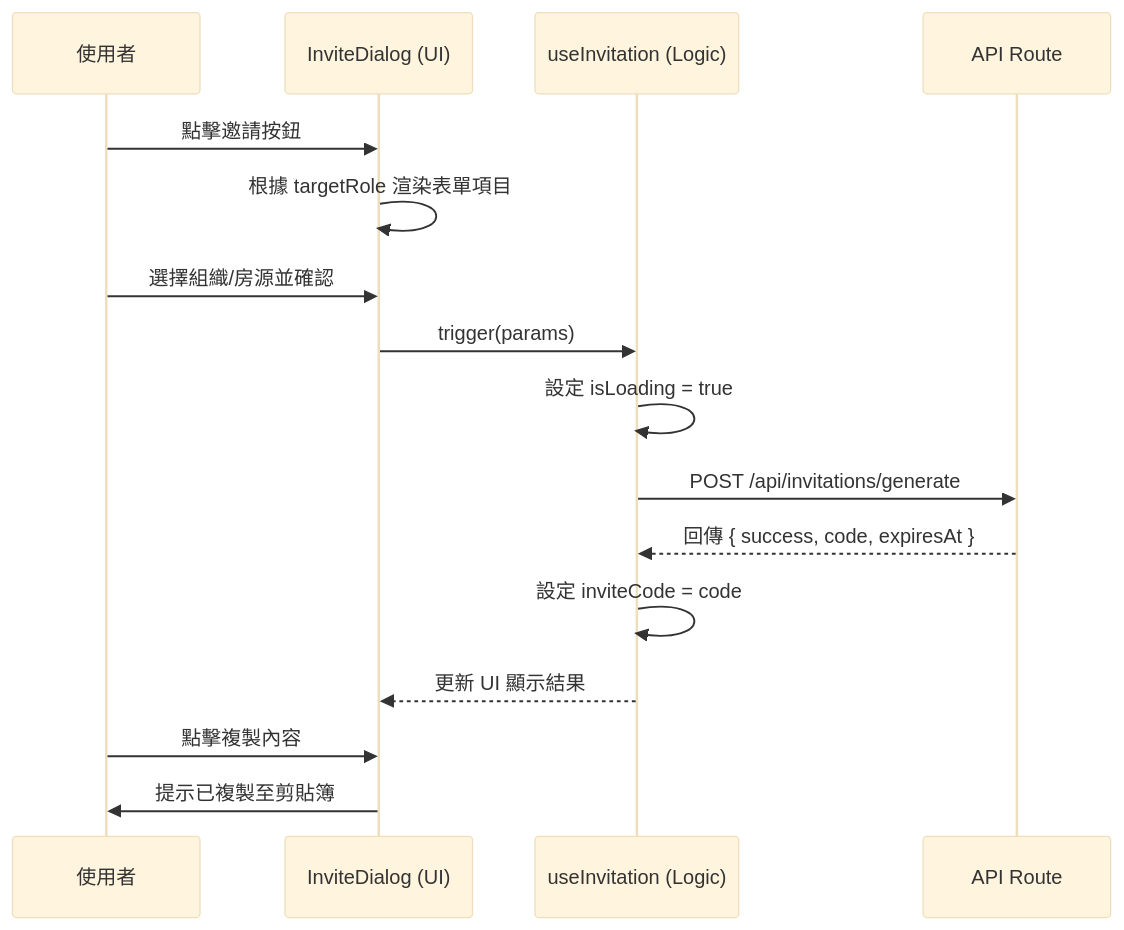
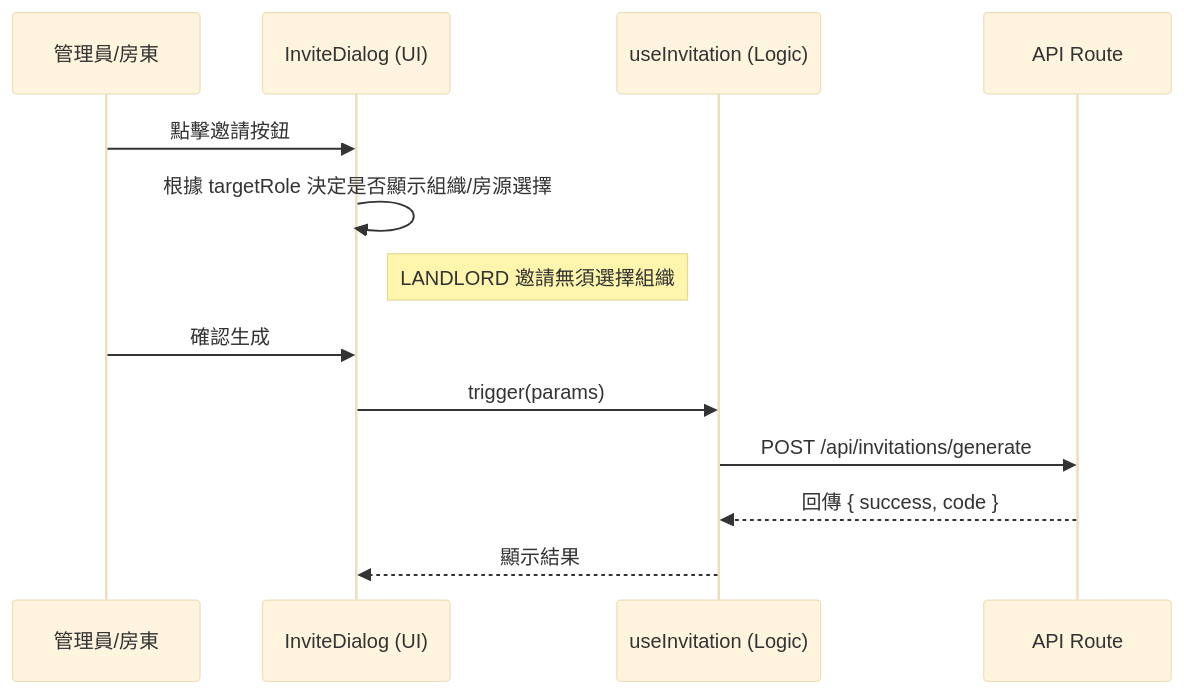
Before and after one commit to Hero935/PrimeStay: the third of 4 diagrams in spec.md, drawn with Mermaid (base theme). The commit also changed other lines of this file and 19 other files, not shown here.

````diff
--- a/spec.md
+++ b/spec.md
@@ -66,19 +67,16 @@
 ```mermaid
 sequenceDiagram
-    participant User as 使用者
+    participant User as 管理員/房東
     participant Dialog as InviteDialog (UI)
     participant Hook as useInvitation (Logic)
     participant API as API Route
 
     User->>Dialog: 點擊邀請按鈕
-    Dialog->>Dialog: 根據 targetRole 渲染表單項目
-    User->>Dialog: 選擇組織/房源並確認
+    Dialog->>Dialog: 根據 targetRole 決定是否顯示組織/房源選擇
+    Note right of Dialog: LANDLORD 邀請無須選擇組織
+    User->>Dialog: 確認生成
     Dialog->>Hook: trigger(params)
-    Hook->>Hook: 設定 isLoading = true
     Hook->>API: POST /api/invitations/generate
-    API-->>Hook: 回傳 { success, code, expiresAt }
-    Hook->>Hook: 設定 inviteCode = code
-    Hook-->>Dialog: 更新 UI 顯示結果
-    User->>Dialog: 點擊複製內容
-    Dialog->>User: 提示已複製至剪貼簿
+    API-->>Hook: 回傳 { success, code }
+    Hook-->>Dialog: 顯示結果
 ```
````
